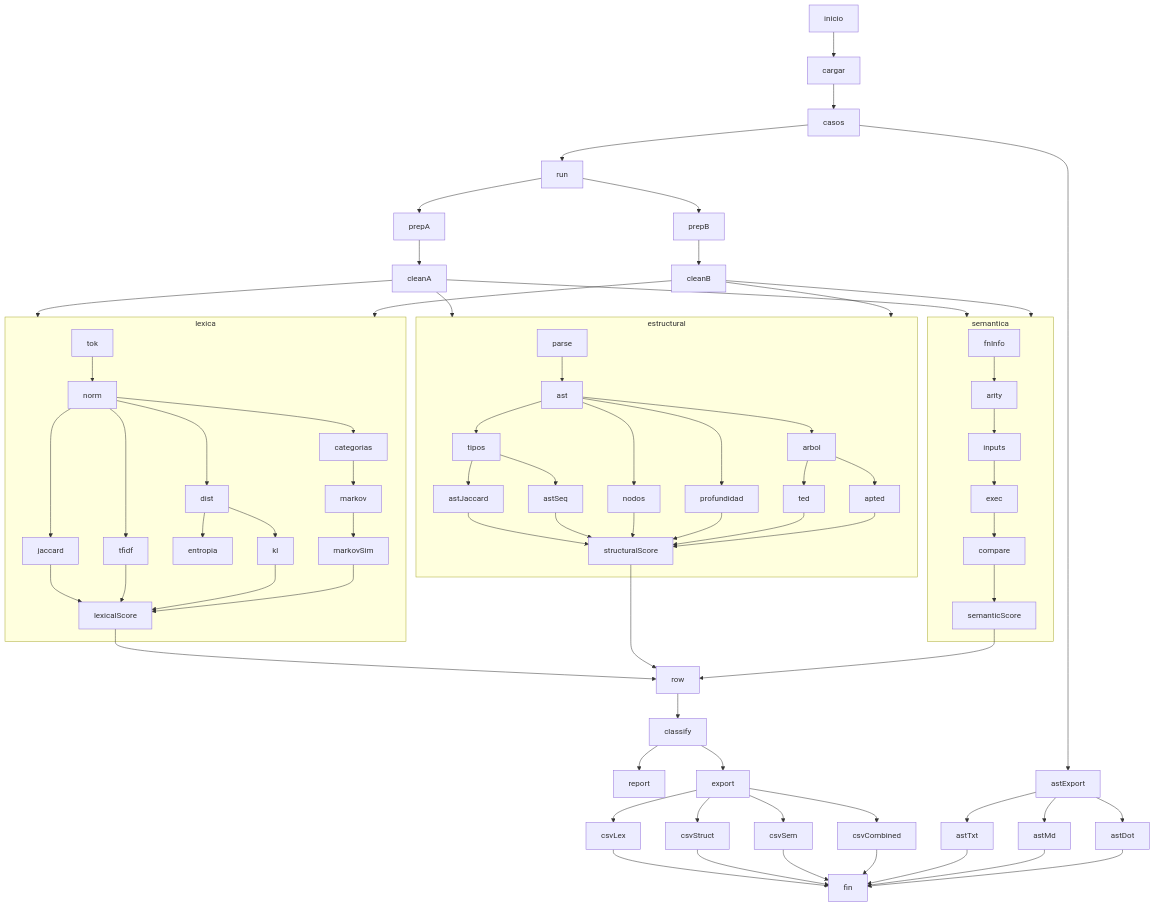
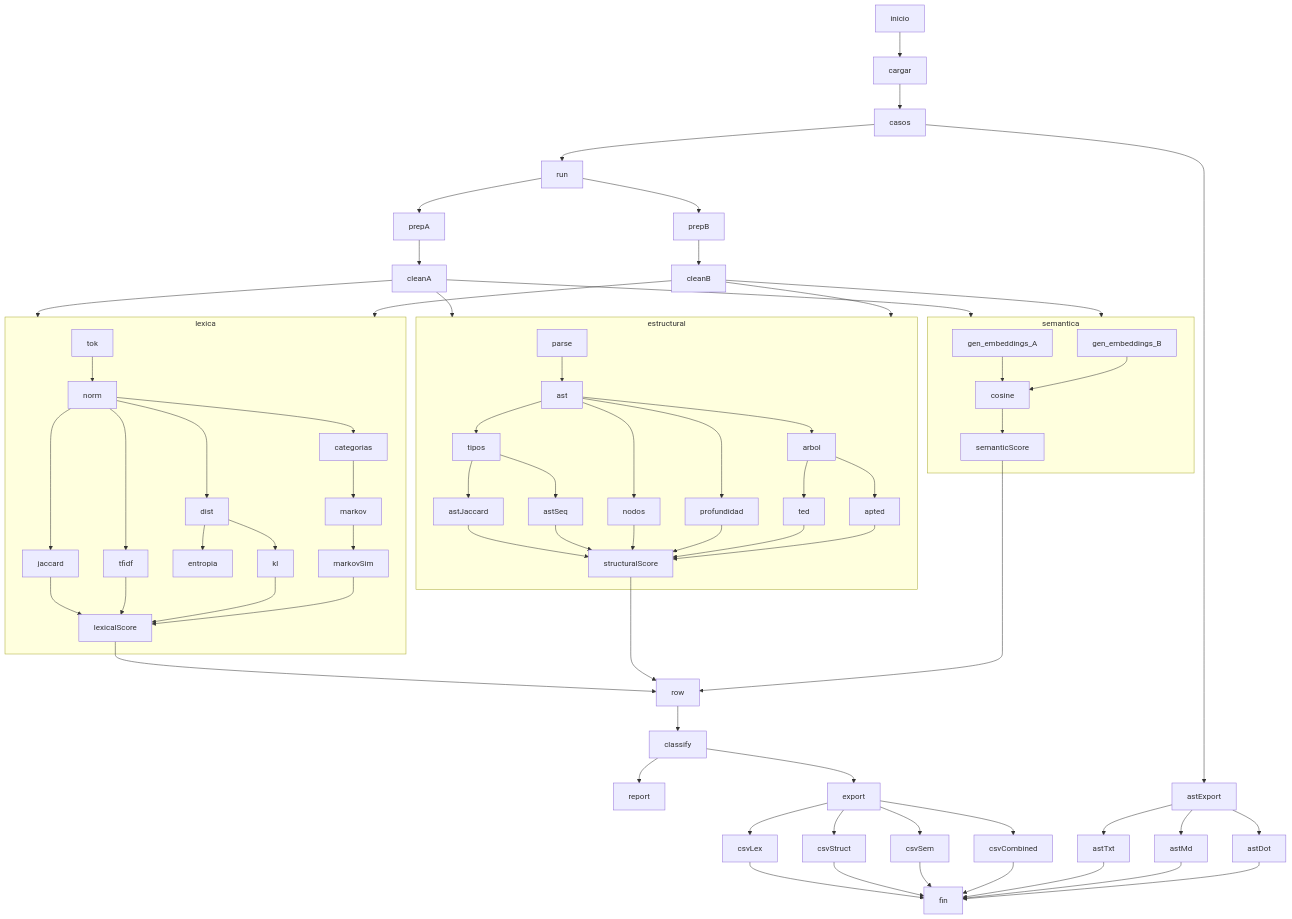
The diagram in README.md (Javierch1405/python-plagiarism-detector), drawn with Mermaid before and after one commit. The commit also changed other lines of this file, not shown here.

```diff
--- a/README.md
+++ b/README.md
@@ -207,11 +241,9 @@
     end
 
     subgraph semantica
-        fnInfo --> arity
-        arity --> inputs
-        inputs --> exec
-        exec --> compare
-        compare --> semanticScore
+        vecA[gen_embeddings_A] --> cosine
+        vecB[gen_embeddings_B] --> cosine
+        cosine --> semanticScore
     end
 
     lexicalScore --> row
```
